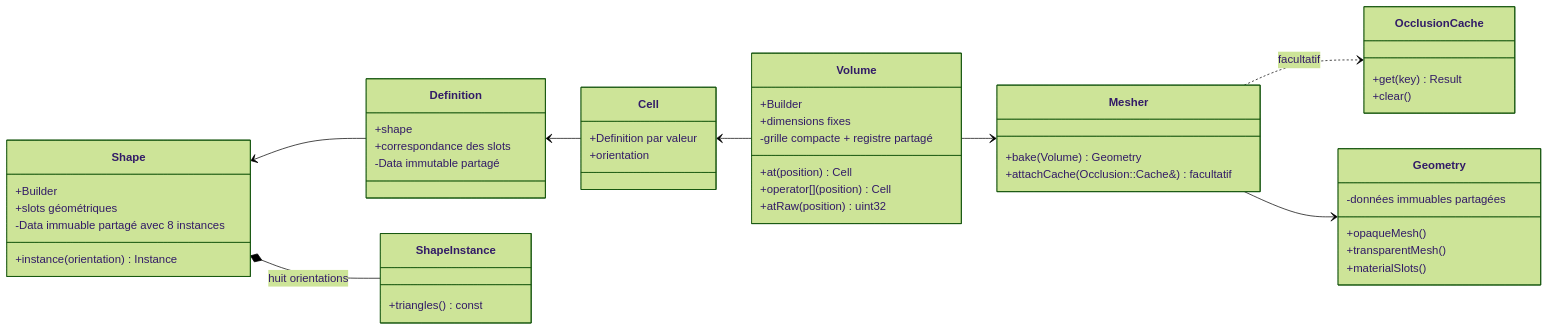
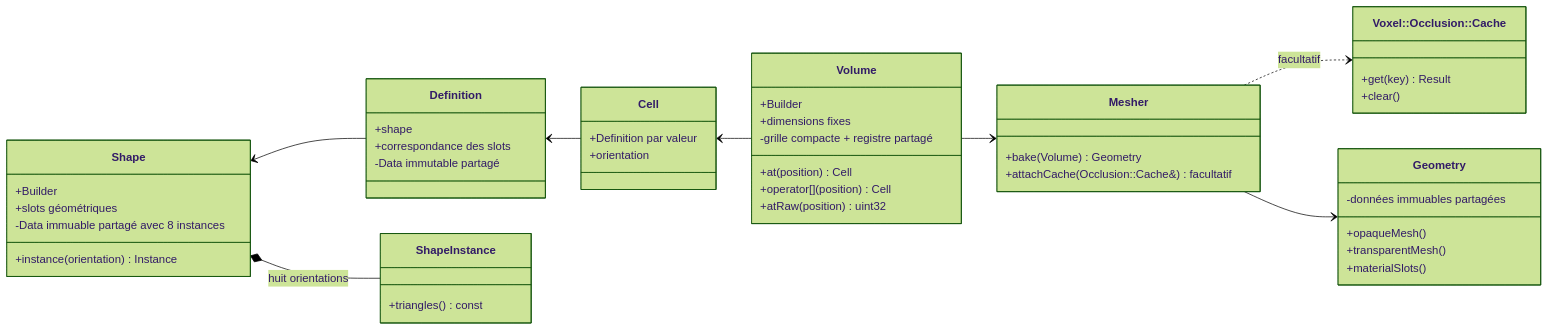
Before and after one commit to EreliaStudio/Sparkle: the diagram in docs/voxel-engine-v0.1.4/02-modele-voxel.md, drawn with Mermaid (forest theme). The commit also changed other lines of this file and 6 other files, not shown here.

````diff
--- a/docs/voxel-engine-v0.1.4/02-modele-voxel.md
+++ b/docs/voxel-engine-v0.1.4/02-modele-voxel.md
@@ -7,51 +7,51 @@
 ```mermaid
 classDiagram
   direction LR
   class Shape {
     +Builder
     +slots géométriques
     +instance(orientation) Instance
     -Data immuable partagé avec 8 instances
   }
   class Definition {
     +shape
     +correspondance des slots
     -Data immutable partagé
   }
   class Cell {
     +Definition par valeur
     +orientation
   }
   class Volume {
     +Builder
     +dimensions fixes
     +at(position) Cell
     +operator[](position) Cell
     +atRaw(position) uint32
     -grille compacte + registre partagé
   }
   class Geometry {
     +opaqueMesh()
     +transparentMesh()
     +materialSlots()
     -données immuables partagées
   }
   class ShapeInstance {
     +triangles() const
   }
-  class OcclusionCache {
+  class OcclusionCacheAPI["Voxel::Occlusion::Cache"] {
     +get(key) Result
     +clear()
   }
   class Mesher {
     +bake(Volume) Geometry
     +attachCache(Occlusion::Cache&) facultatif
   }
   Shape <-- Definition
   Definition <-- Cell
   Cell <-- Volume
   Shape *-- ShapeInstance : huit orientations
-  Mesher ..> OcclusionCache : facultatif
+  Mesher ..> OcclusionCacheAPI : facultatif
   Volume --> Mesher
   Mesher --> Geometry
 ```
````
